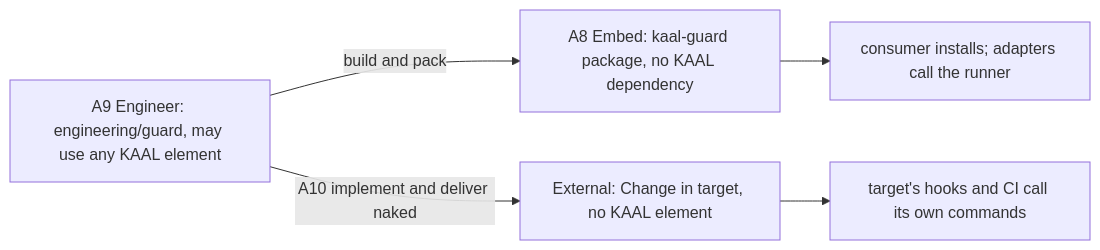
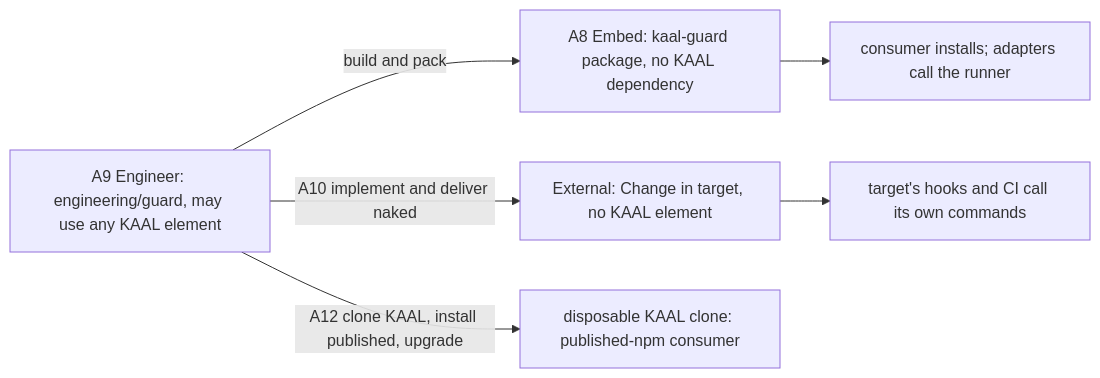
Before and after one commit to Kai-Hacks-AI/KAAL: the second of 2 diagrams in engineering/guard/architecture.md, drawn with Mermaid. The commit also changed other lines of this file and 5 other files, not shown here.

First line of the commit message:
Plan Guard's consumer upgrade with KAAL as the consumer (K1) (#329)

````diff
--- a/engineering/guard/architecture.md
+++ b/engineering/guard/architecture.md
@@ -32,8 +41,9 @@
 ```mermaid
 flowchart LR
   E[A9 Engineer: engineering/guard, may use any KAAL element]
   E -->|build and pack| P[A8 Embed: kaal-guard package, no KAAL dependency]
   E -->|A10 implement and deliver naked| X[External: Change in target, no KAAL element]
   P --> C[consumer installs; adapters call the runner]
   X --> T[target's hooks and CI call its own commands]
+  E -->|A12 clone KAAL, install published, upgrade| K[disposable KAAL clone: published-npm consumer]
 ```
````
